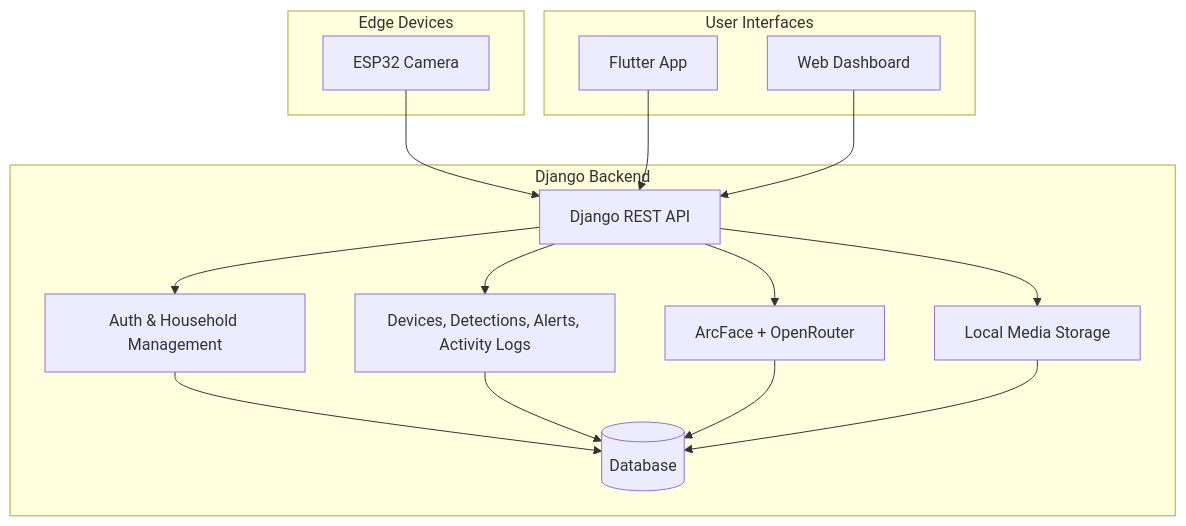
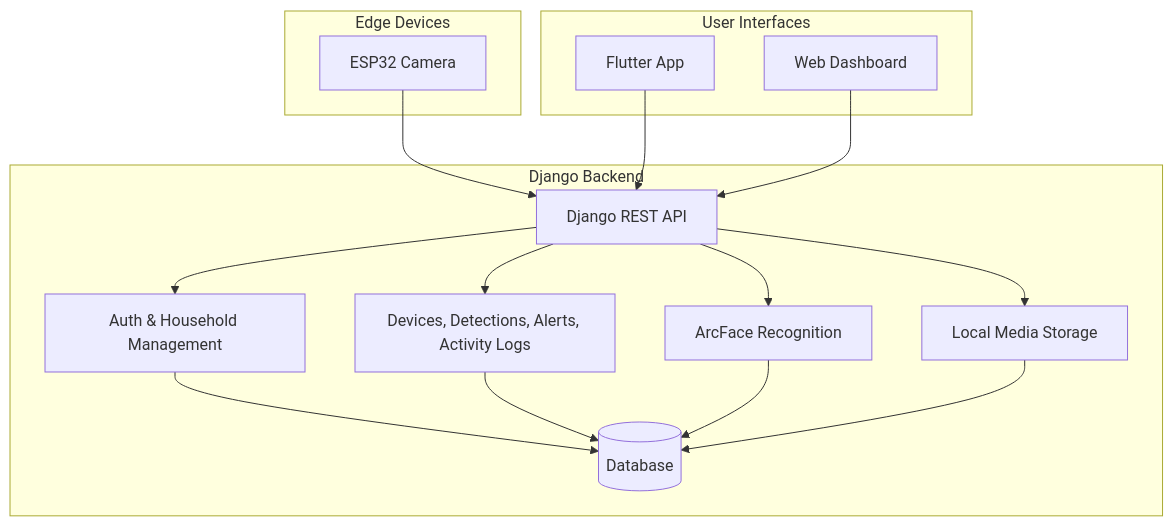
The diagram in README.md (ShwetaYadav224/Home-Intrusion-System), drawn with Mermaid before and after one commit. The commit also changed other lines of this file, not shown here.

````diff
--- a/README.md
+++ b/README.md
@@ -15,34 +15,34 @@
 ```mermaid
 flowchart TB
     subgraph Edge[Edge Devices]
         ESP32[ESP32 Camera]
     end
 
     subgraph Clients[User Interfaces]
         Flutter[Flutter App]
         Dashboard[Web Dashboard]
     end
 
     subgraph Backend[Django Backend]
         API[Django REST API]
         Auth[Auth & Household Management]
         Security[Devices, Detections, Alerts, Activity Logs]
-        AI[ArcFace + OpenRouter]
+        AI[ArcFace Recognition]
         Storage[Local Media Storage]
         DB[(Database)]
     end
 
     ESP32 --> API
     Flutter --> API
     Dashboard --> API
 
     API --> Auth
     API --> Security
     API --> AI
     API --> Storage
 
     Auth --> DB
     Security --> DB
     AI --> DB
     Storage --> DB
 ```
````
